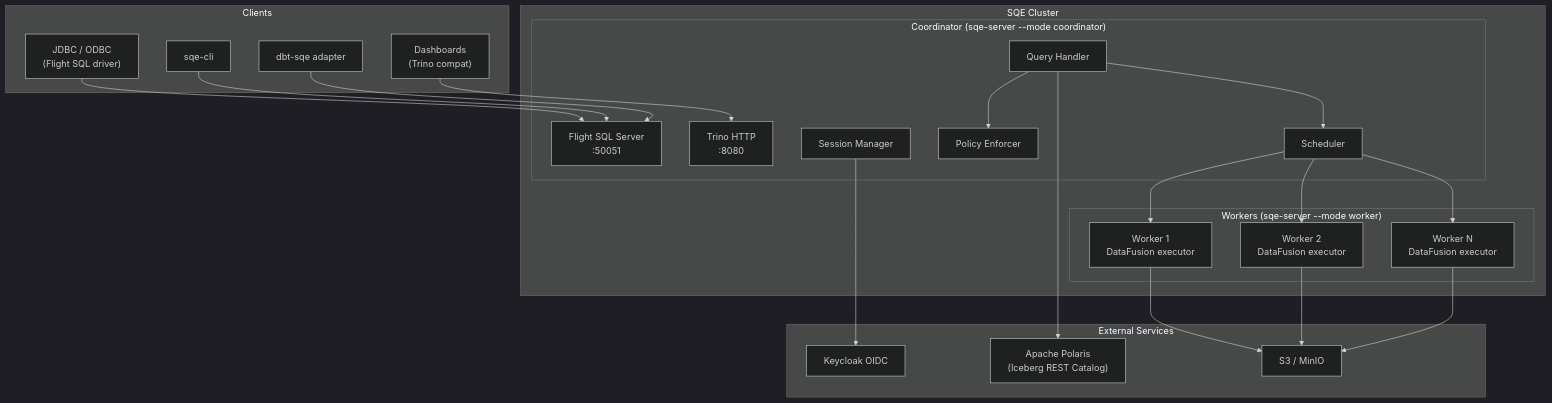
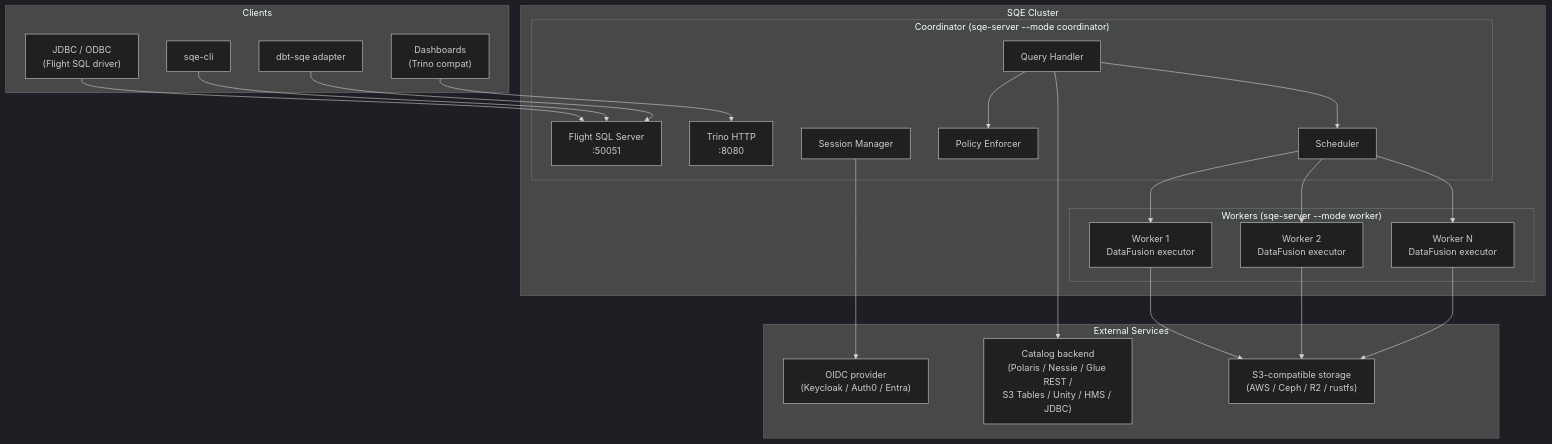
The first of 3 diagrams in docs/book/src/architecture/overview.md (schubergphilis/sqe), drawn with Mermaid (dark theme) before and after one commit. The commit also changed other lines of this file and 4 other files, not shown here.

````diff
--- a/docs/book/src/architecture/overview.md
+++ b/docs/book/src/architecture/overview.md
@@ -5,49 +5,49 @@
 ```mermaid
 graph TB
     subgraph Clients
         JDBC["JDBC / ODBC<br/>(Flight SQL driver)"]
         CLI["sqe-cli"]
         DBT["dbt-sqe adapter"]
         DASH["Dashboards<br/>(Trino compat)"]
     end
 
     subgraph "SQE Cluster"
         subgraph "Coordinator (sqe-server --mode coordinator)"
             FLS["Flight SQL Server<br/>:50051"]
             TH["Trino HTTP<br/>:8080"]
             SM["Session Manager"]
             QH["Query Handler"]
             PE["Policy Enforcer"]
             SCHED["Scheduler"]
         end
 
         subgraph "Workers (sqe-server --mode worker)"
             W1["Worker 1<br/>DataFusion executor"]
             W2["Worker 2<br/>DataFusion executor"]
             WN["Worker N<br/>DataFusion executor"]
         end
     end
 
     subgraph "External Services"
-        KC["Keycloak OIDC"]
-        POL["Apache Polaris<br/>(Iceberg REST Catalog)"]
-        S3["S3 / MinIO"]
+        KC["OIDC provider<br/>(Keycloak / Auth0 / Entra)"]
+        CAT["Catalog backend<br/>(Polaris / Nessie / Glue REST /<br/>S3 Tables / Unity / HMS / JDBC)"]
+        S3["S3-compatible storage<br/>(AWS / Ceph / R2 / rustfs)"]
     end
 
     JDBC --> FLS
     CLI --> FLS
     DBT --> FLS
     DASH --> TH
 
     SM --> KC
     QH --> PE
     QH --> SCHED
     SCHED --> W1
     SCHED --> W2
     SCHED --> WN
 
-    QH --> POL
+    QH --> CAT
     W1 --> S3
     W2 --> S3
     WN --> S3
 ```
````
